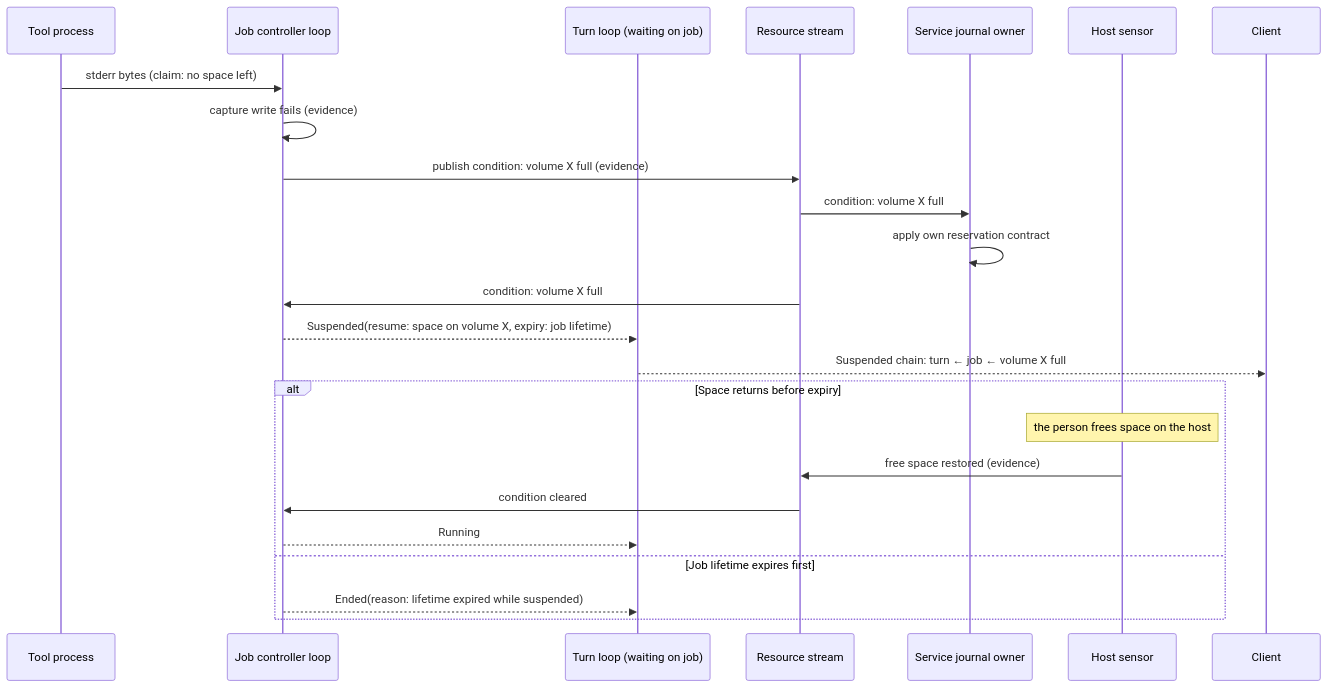
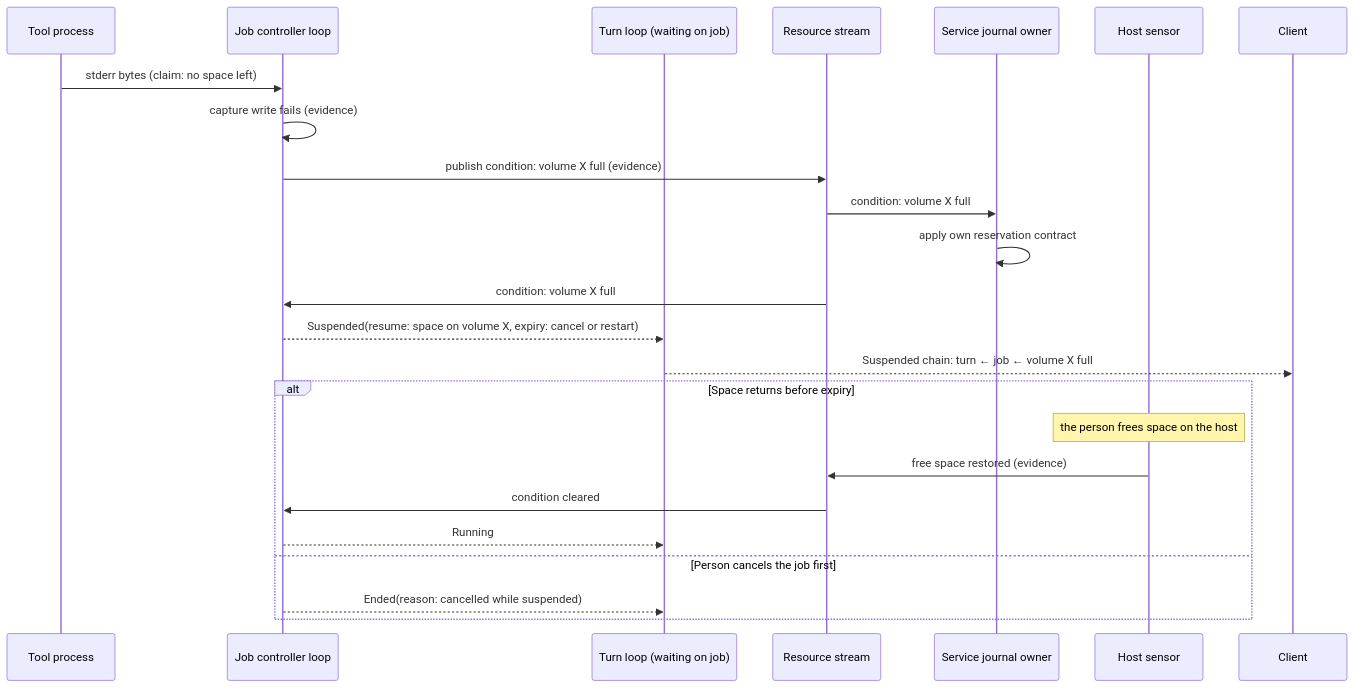
The fifth of 5 diagrams in docs/designs/loop-closure.md (pidster/asura), drawn with Mermaid before and after one commit. The commit also changed other lines of this file and 6 other files, not shown here.

````diff
--- a/docs/designs/loop-closure.md
+++ b/docs/designs/loop-closure.md
@@ -264,27 +266,27 @@
 ```mermaid
 sequenceDiagram
     participant Tool as Tool process
     participant Job as Job controller loop
     participant Turn as Turn loop (waiting on job)
     participant Res as Resource stream
     participant Svc as Service journal owner
     participant Sen as Host sensor
     participant UI as Client
 
     Tool->>Job: stderr bytes (claim: no space left)
     Job->>Job: capture write fails (evidence)
     Job->>Res: publish condition: volume X full (evidence)
     Res->>Svc: condition: volume X full
     Svc->>Svc: apply own reservation contract
     Res->>Job: condition: volume X full
-    Job-->>Turn: Suspended(resume: space on volume X, expiry: job lifetime)
+    Job-->>Turn: Suspended(resume: space on volume X, expiry: cancel or restart)
     Turn-->>UI: Suspended chain: turn ← job ← volume X full
     alt Space returns before expiry
         Note over Sen: the person frees space on the host
         Sen->>Res: free space restored (evidence)
         Res->>Job: condition cleared
         Job-->>Turn: Running
-    else Job lifetime expires first
-        Job-->>Turn: Ended(reason: lifetime expired while suspended)
+    else Person cancels the job first
+        Job-->>Turn: Ended(reason: cancelled while suspended)
     end
 ```
````
